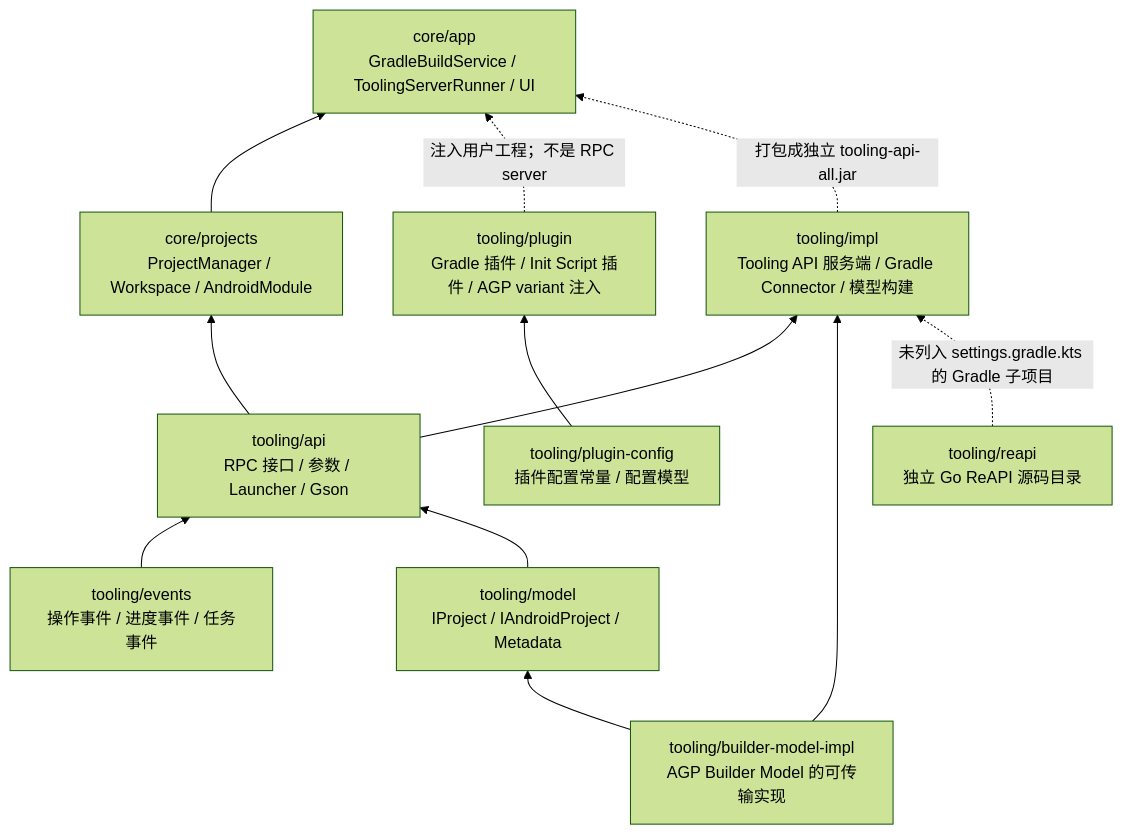
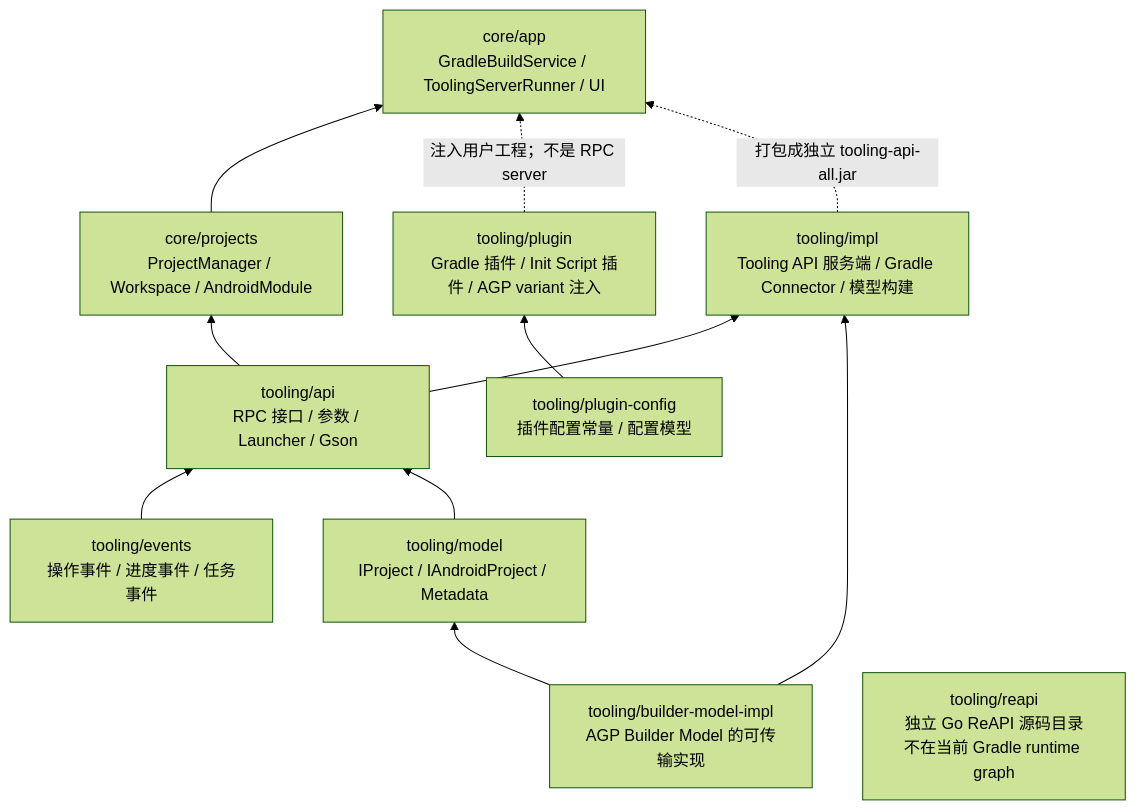
Before and after one commit to msmt2018/ZeroStudio: the third of 10 diagrams in tooling/ARCHITECTURE.md, drawn with Mermaid (forest theme).

Commit message:
docs(tooling): separate ReAPI from Gradle runtime graph

````diff
--- a/tooling/ARCHITECTURE.md
+++ b/tooling/ARCHITECTURE.md
@@ -95,25 +95,25 @@
 ```mermaid
 flowchart BT
   EV["tooling/events<br/>操作事件 / 进度事件 / 任务事件"]
   BM["tooling/builder-model-impl<br/>AGP Builder Model 的可传输实现"]
   MODEL["tooling/model<br/>IProject / IAndroidProject / Metadata"]
   API["tooling/api<br/>RPC 接口 / 参数 / Launcher / Gson"]
   IMPL["tooling/impl<br/>Tooling API 服务端 / Gradle Connector / 模型构建"]
   PC["tooling/plugin-config<br/>插件配置常量 / 配置模型"]
   PLUGIN["tooling/plugin<br/>Gradle 插件 / Init Script 插件 / AGP variant 注入"]
   PROJECTS["core/projects<br/>ProjectManager / Workspace / AndroidModule"]
   APP["core/app<br/>GradleBuildService / ToolingServerRunner / UI"]
   REAPI["tooling/reapi<br/>独立 Go ReAPI 源码目录"]
 
   EV --> API
   BM --> MODEL
   MODEL --> API
   API --> IMPL
   BM --> IMPL
   API --> PROJECTS
   PROJECTS --> APP
   PC --> PLUGIN
   PLUGIN -. "注入用户工程；不是 RPC server" .-> APP
   IMPL -. "打包成独立 tooling-api-all.jar" .-> APP
-  REAPI -. "未列入 settings.gradle.kts 的 Gradle 子项目" .-> IMPL
+  REAPI["tooling/reapi<br/>独立 Go ReAPI 源码目录<br/>不在当前 Gradle runtime graph"]
 ```
````
